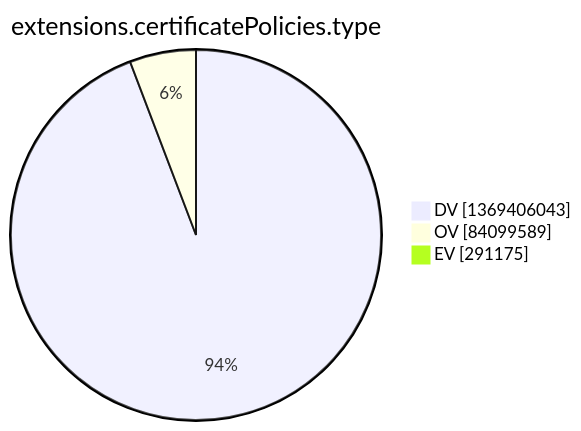
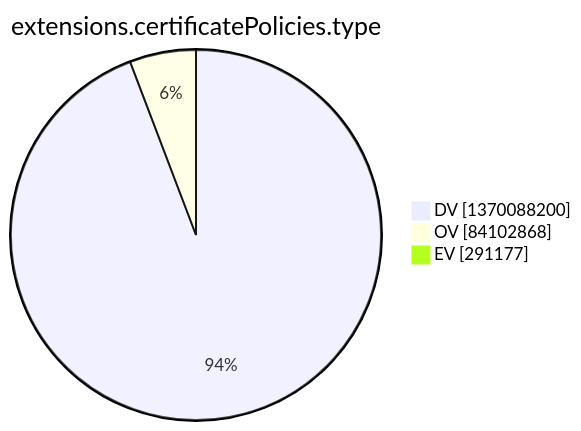
Before and after one commit to christiankrug/ctmonitor_visualization: the tenth of 15 diagrams in argon2022/README.md, drawn with Mermaid. The commit also changed other lines of this file, not shown here.

````diff
--- a/argon2022/README.md
+++ b/argon2022/README.md
@@ -2773,7 +2773,7 @@
 ```mermaid
 pie showData
 title extensions.certificatePolicies.type
-"DV" :1369406043
-"OV" :84099589
-"EV" :291175
+"DV" :1370088200
+"OV" :84102868
+"EV" :291177
 ```
````
